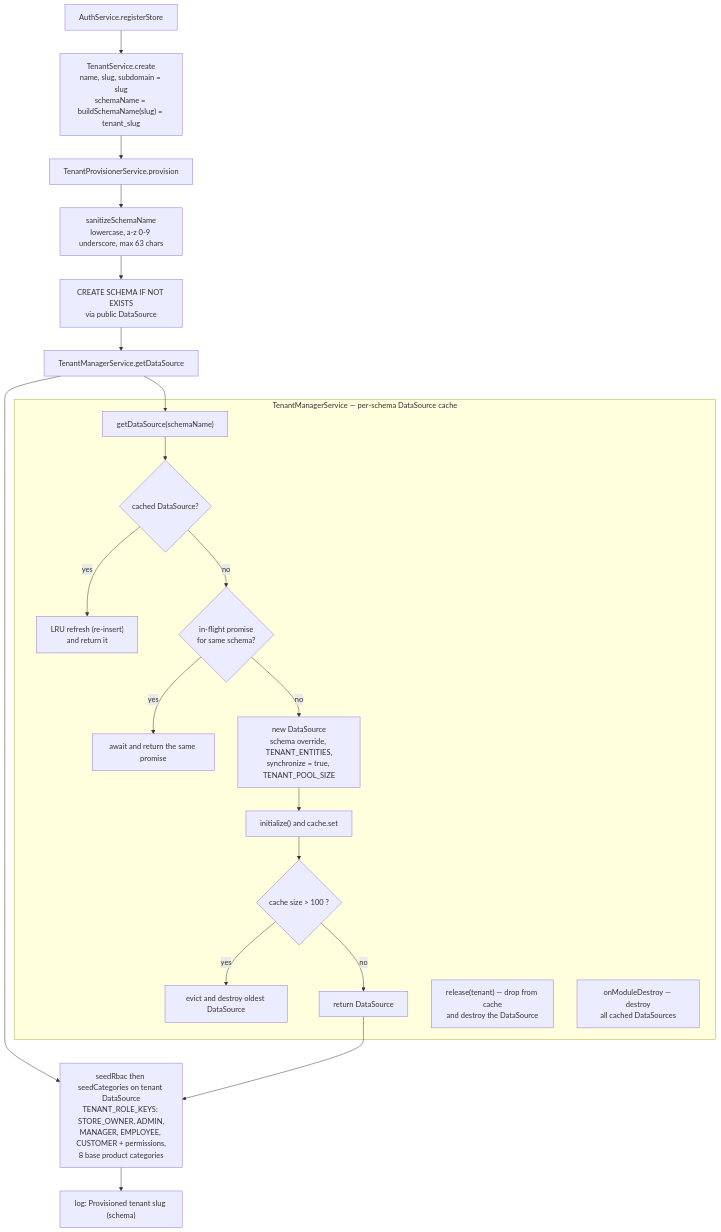
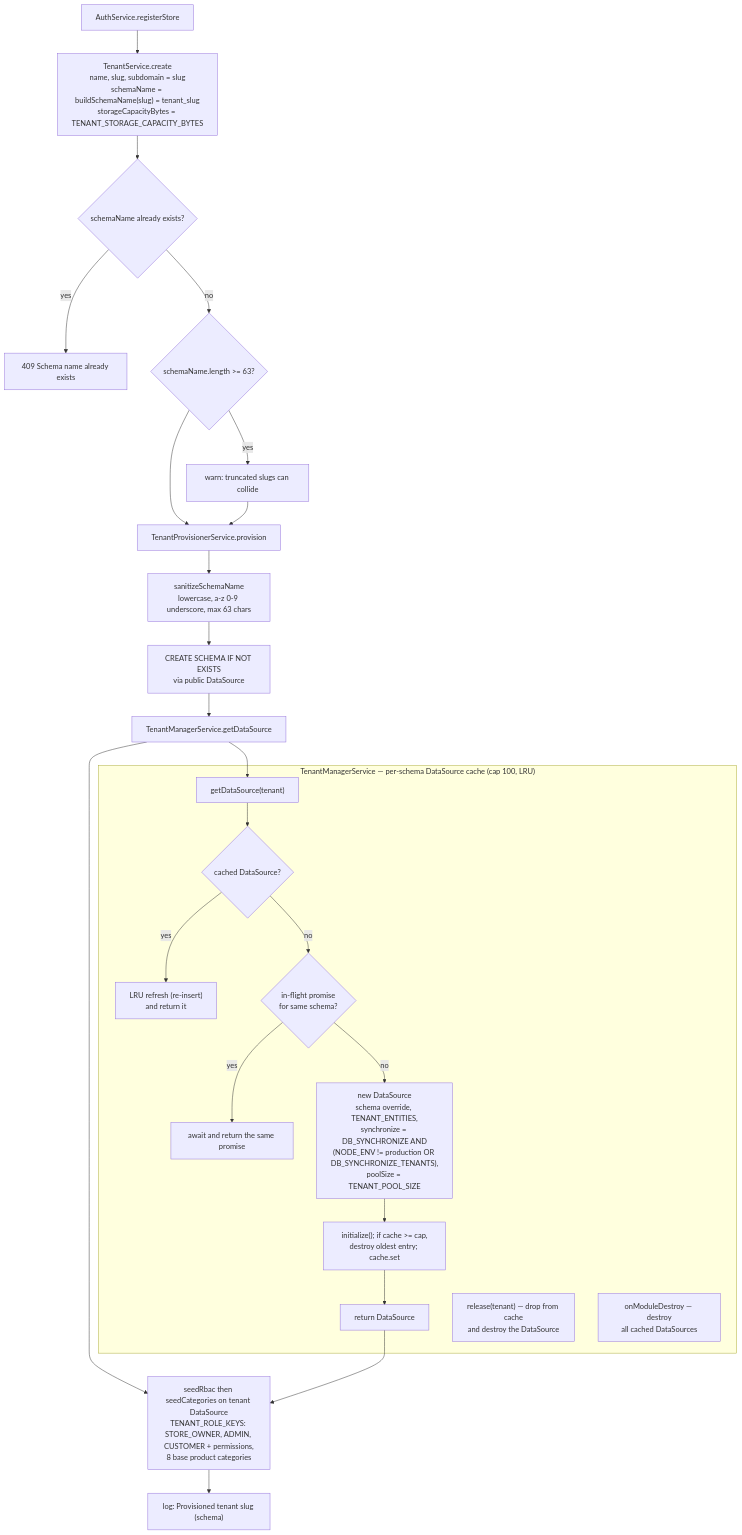
The second of 3 diagrams in apps/api/src/modules/tenants/workflow.md (DevBassel/saas_commerce), drawn with Mermaid before and after one commit. The commit also changed other lines of this file and 100 other files, not shown here.

````diff
--- a/apps/api/src/modules/tenants/workflow.md
+++ b/apps/api/src/modules/tenants/workflow.md
@@ -21,27 +25,28 @@
 ```mermaid
 flowchart TD
-    REG["AuthService.registerStore"] --> TC["TenantService.create<br/>name, slug, subdomain = slug<br/>schemaName = buildSchemaName(slug) = tenant_slug"]
-    TC --> PROV["TenantProvisionerService.provision"]
+    REG["AuthService.registerStore"] --> TC["TenantService.create<br/>name, slug, subdomain = slug<br/>schemaName = buildSchemaName(slug) = tenant_slug<br/>storageCapacityBytes = TENANT_STORAGE_CAPACITY_BYTES"]
+    TC --> TC1{"schemaName already exists?"} -->|"yes"| TC1E["409 Schema name already exists"]
+    TC1 -->|"no"| TC2{"schemaName.length >= 63?"} -->|"yes"| TC2W["warn: truncated slugs can collide"]
+    TC2 --> PROV["TenantProvisionerService.provision"]
+    TC2W --> PROV
     PROV --> SAN["sanitizeSchemaName<br/>lowercase, a-z 0-9 underscore, max 63 chars"]
     SAN --> DDL["CREATE SCHEMA IF NOT EXISTS<br/>via public DataSource"]
     DDL --> GDS["TenantManagerService.getDataSource"]
-    GDS --> SEED["seedRbac then seedCategories on tenant DataSource<br/>TENANT_ROLE_KEYS: STORE_OWNER, ADMIN,<br/>MANAGER, EMPLOYEE, CUSTOMER + permissions,<br/>8 base product categories"]
+    GDS --> SEED["seedRbac then seedCategories on tenant DataSource<br/>TENANT_ROLE_KEYS: STORE_OWNER, ADMIN, CUSTOMER + permissions,<br/>8 base product categories"]
     SEED --> DONE["log: Provisioned tenant slug (schema)"]
 
-    subgraph MGR["TenantManagerService — per-schema DataSource cache"]
-        GA["getDataSource(schemaName)"] --> CH{"cached DataSource?"}
+    subgraph MGR["TenantManagerService — per-schema DataSource cache (cap 100, LRU)"]
+        GA["getDataSource(tenant)"] --> CH{"cached DataSource?"}
         CH -->|"yes"| REFRESH["LRU refresh (re-insert)<br/>and return it"]
         CH -->|"no"| INF{"in-flight promise<br/>for same schema?"}
         INF -->|"yes"| WAIT["await and return the same promise"]
-        INF -->|"no"| NEW["new DataSource<br/>schema override, TENANT_ENTITIES,<br/>synchronize = true, TENANT_POOL_SIZE"]
-        NEW --> INIT["initialize() and cache.set"]
-        INIT --> EVICT{"cache size > 100 ?"}
-        EVICT -->|"yes"| EVD["evict and destroy oldest DataSource"]
-        EVICT -->|"no"| RET["return DataSource"]
+        INF -->|"no"| NEW["new DataSource<br/>schema override, TENANT_ENTITIES,<br/>synchronize = DB_SYNCHRONIZE AND<br/>(NODE_ENV != production OR DB_SYNCHRONIZE_TENANTS),<br/>poolSize = TENANT_POOL_SIZE"]
+        NEW --> INIT["initialize(); if cache >= cap,<br/>destroy oldest entry; cache.set"]
+        INIT --> RET["return DataSource"]
         REL["release(tenant) — drop from cache<br/>and destroy the DataSource"]
         DEST["onModuleDestroy — destroy<br/>all cached DataSources"]
     end
 
     GDS --> GA
     RET --> SEED
 ```
````
